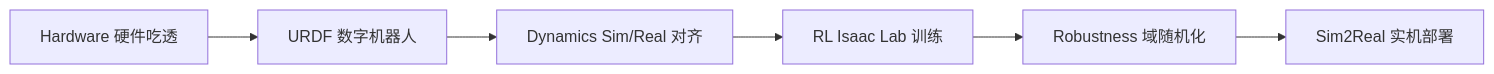
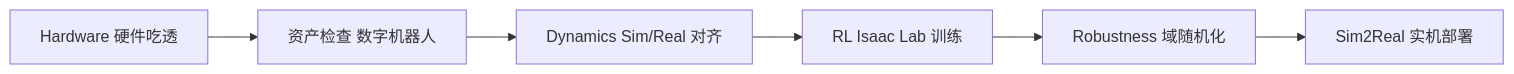
Before and after one commit to Kytolly/wiki-tutorial-Isaac: the diagram in page/stackforce/Roadmap与里程碑.md, drawn with Mermaid. The commit also changed other lines of this file and 24 other files, not shown here.

````diff
--- a/page/stackforce/Roadmap与里程碑.md
+++ b/page/stackforce/Roadmap与里程碑.md
@@ -30,8 +30,8 @@
 ```mermaid
 flowchart LR
-    M1[Hardware 硬件吃透] --> M2[URDF 数字机器人]
+    M1[Hardware 硬件吃透] --> M2[资产检查 数字机器人]
     M2 --> M3[Dynamics Sim/Real 对齐]
     M3 --> M4[RL Isaac Lab 训练]
     M4 --> M5[Robustness 域随机化]
     M5 --> M6[Sim2Real 实机部署]
 ```
````
